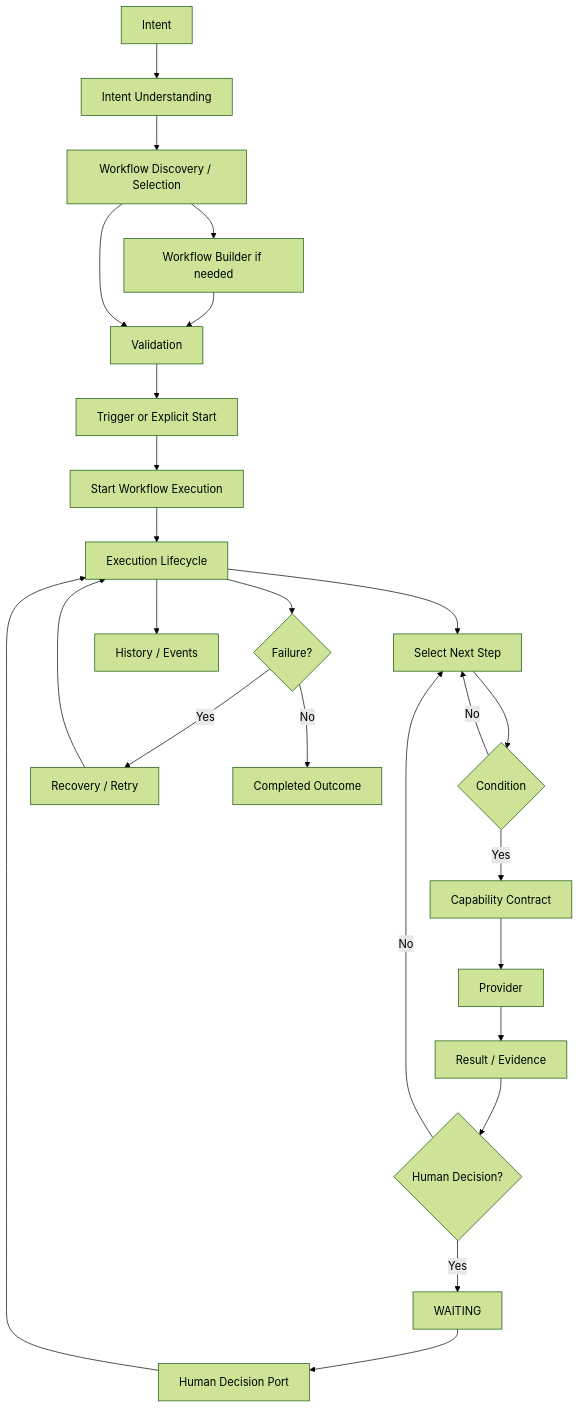
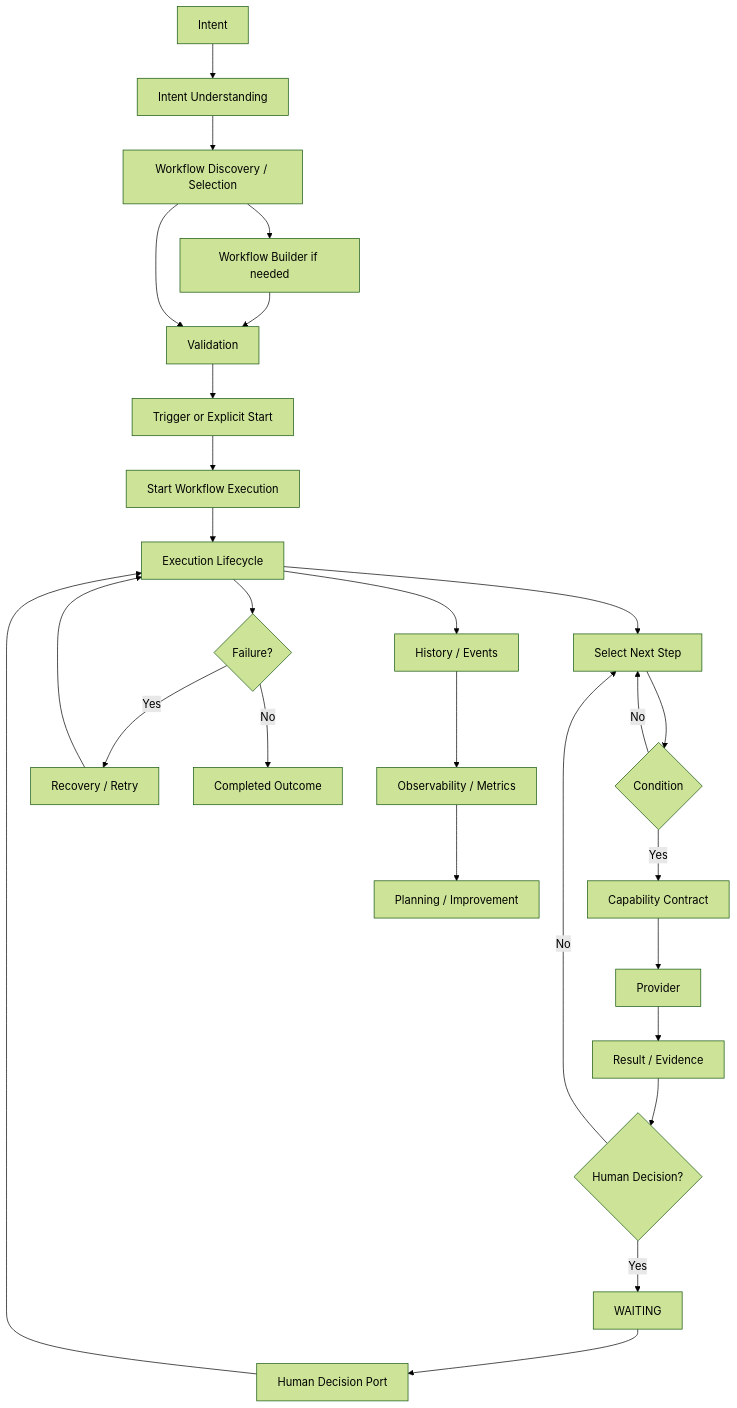
Before and after one commit to palestiny/automation-os: the diagram in docs/02-Architecture/AUTOMATION_OS_LOGICAL_WORKFLOW_MAP.md, drawn with Mermaid (forest theme). The commit also changed other lines of this file and 3 other files, not shown here.

First line of the commit message:
docs: accept phase 8.10 ai planning architecture (#245)

````diff
--- a/docs/02-Architecture/AUTOMATION_OS_LOGICAL_WORKFLOW_MAP.md
+++ b/docs/02-Architecture/AUTOMATION_OS_LOGICAL_WORKFLOW_MAP.md
@@ -7,27 +7,29 @@
 ```mermaid
 flowchart TD
     A[Intent] --> B[Intent Understanding]
     B --> C[Workflow Discovery / Selection]
     C --> D[Workflow Builder if needed]
     D --> E[Validation]
     C --> E
     E --> F[Trigger or Explicit Start]
     F --> G[Start Workflow Execution]
     G --> H[Execution Lifecycle]
     H --> I[Select Next Step]
     I --> J{Condition}
     J -- No --> I
     J -- Yes --> K[Capability Contract]
     K --> L[Provider]
     L --> M[Result / Evidence]
     M --> N{Human Decision?}
     N -- Yes --> O[WAITING]
     O --> P[Human Decision Port]
     P --> H
     N -- No --> I
     H --> Q{Failure?}
     Q -- Yes --> R[Recovery / Retry]
     R --> H
     Q -- No --> S[Completed Outcome]
     H --> T[History / Events]
+    T --> U[Observability / Metrics]
+    U --> V[Planning / Improvement]
 ```
````
